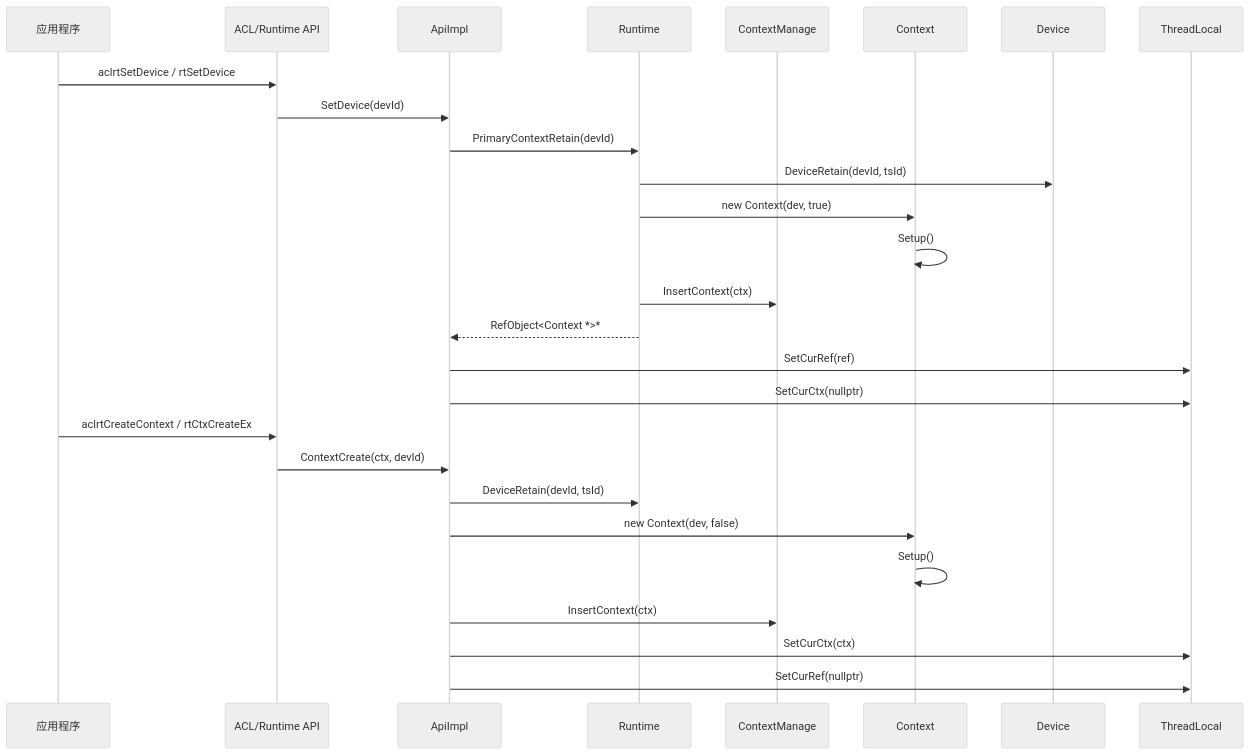
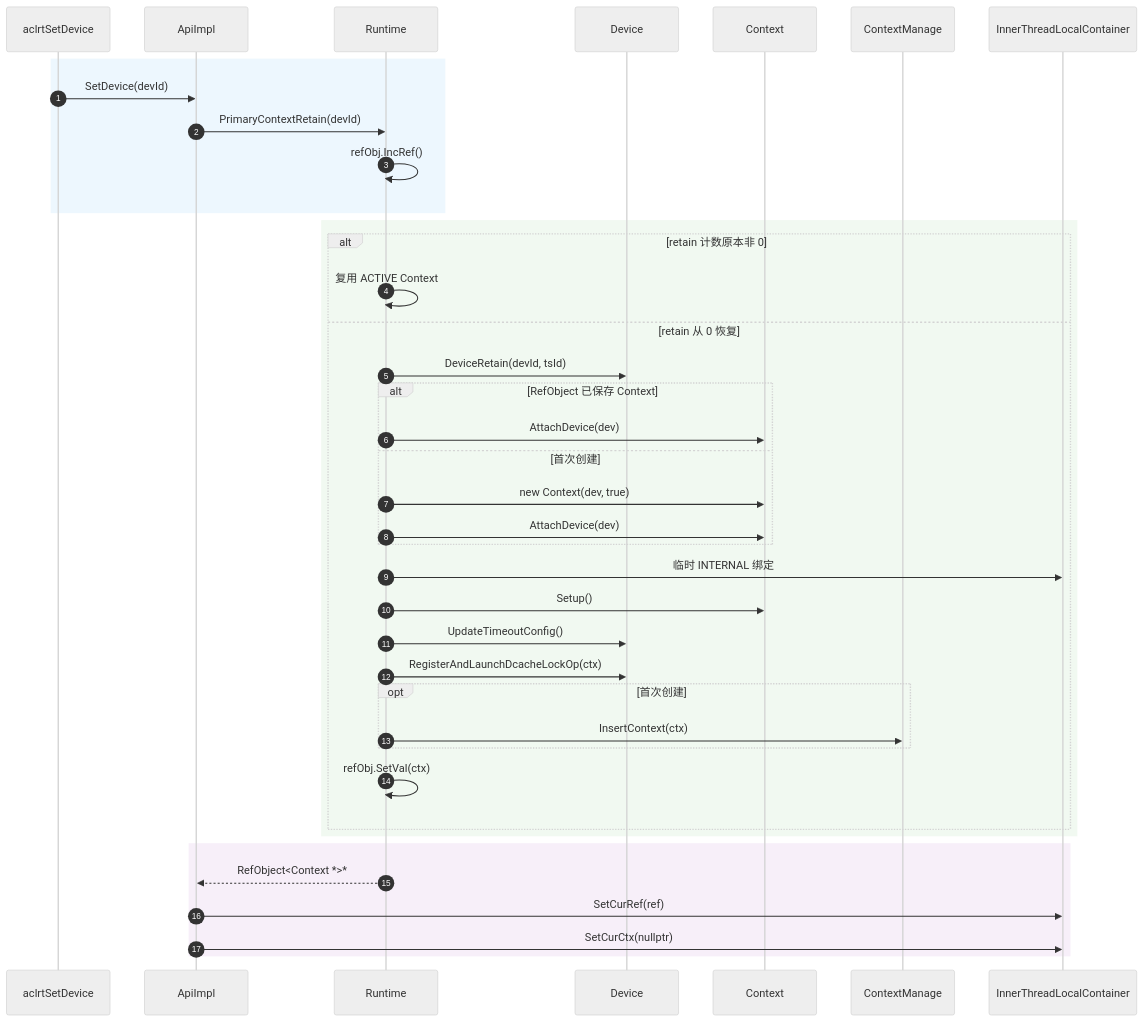
One commit to 18liumin/runtime changed the second of 15 diagrams in docs/zh/design/modules/context/context.md. Above: the diagram before and after it, drawn with Mermaid (neutral theme). The commit also changed other lines of this file, not shown here.

First line of the commit message:
【PR】【doc】: update module context doc

````diff
--- a/docs/zh/design/modules/context/context.md
+++ b/docs/zh/design/modules/context/context.md
@@ -190,31 +134,45 @@
 ```mermaid
 sequenceDiagram
-    participant App as 应用程序
-    participant API as ACL/Runtime API
+    autonumber
+    participant API as aclrtSetDevice
     participant Impl as ApiImpl
     participant Runtime as Runtime
+    participant Dev as Device
+    participant Ctx as Context
     participant Manage as ContextManage
-    participant Ctx as Context
-    participant Dev as Device
-    participant TLS as ThreadLocal
+    participant TLS as InnerThreadLocalContainer
 
-    App->>API: aclrtSetDevice / rtSetDevice
-    API->>Impl: SetDevice(devId)
-    Impl->>Runtime: PrimaryContextRetain(devId)
-    Runtime->>Dev: DeviceRetain(devId, tsId)
-    Runtime->>Ctx: new Context(dev, true)
-    Ctx->>Ctx: Setup()
-    Runtime->>Manage: InsertContext(ctx)
-    Runtime-->>Impl: RefObject<Context *>*
-    Impl->>TLS: SetCurRef(ref)
-    Impl->>TLS: SetCurCtx(nullptr)
+    rect rgba(227, 242, 253, 0.62)
+        API->>Impl: SetDevice(devId)
+        Impl->>Runtime: PrimaryContextRetain(devId)
+        Runtime->>Runtime: refObj.IncRef()
+    end
 
-    App->>API: aclrtCreateContext / rtCtxCreateEx
-    API->>Impl: ContextCreate(ctx, devId)
-    Impl->>Runtime: DeviceRetain(devId, tsId)
-    Impl->>Ctx: new Context(dev, false)
-    Ctx->>Ctx: Setup()
-    Impl->>Manage: InsertContext(ctx)
-    Impl->>TLS: SetCurCtx(ctx)
-    Impl->>TLS: SetCurRef(nullptr)
+    rect rgba(232, 245, 233, 0.62)
+        alt retain 计数原本非 0
+            Runtime->>Runtime: 复用 ACTIVE Context
+        else retain 从 0 恢复
+            Runtime->>Dev: DeviceRetain(devId, tsId)
+            alt RefObject 已保存 Context
+                Runtime->>Ctx: AttachDevice(dev)
+            else 首次创建
+                Runtime->>Ctx: new Context(dev, true)
+                Runtime->>Ctx: AttachDevice(dev)
+            end
+            Runtime->>TLS: 临时 INTERNAL 绑定
+            Runtime->>Ctx: Setup()
+            Runtime->>Dev: UpdateTimeoutConfig()
+            Runtime->>Dev: RegisterAndLaunchDcacheLockOp(ctx)
+            opt 首次创建
+                Runtime->>Manage: InsertContext(ctx)
+            end
+            Runtime->>Runtime: refObj.SetVal(ctx)
+        end
+    end
+
+    rect rgba(243, 229, 245, 0.62)
+        Runtime-->>Impl: RefObject<Context *>*
+        Impl->>TLS: SetCurRef(ref)
+        Impl->>TLS: SetCurCtx(nullptr)
+    end
 ```
````
